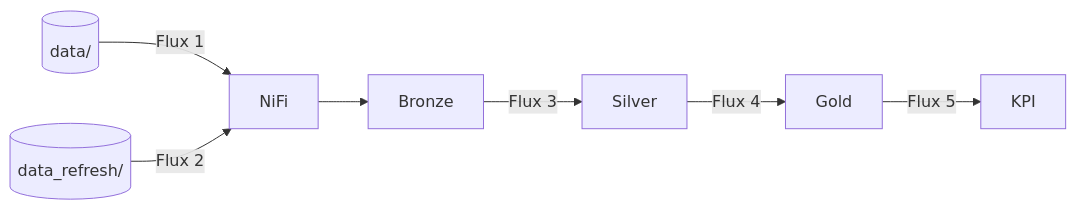
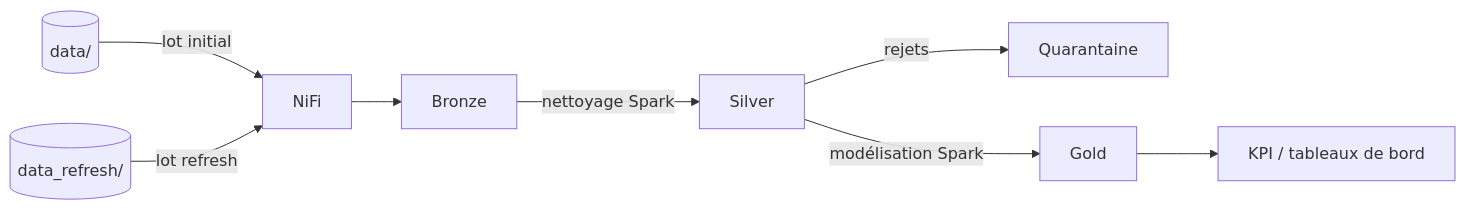
Before and after one commit to NoahBELLO/J1_Retail_Intelligence: the diagram in 02_UC02_architecture/UC02_schema_flux.md, drawn with Mermaid. The commit also changed other lines of this file and 6 other files, not shown here.

````diff
--- a/02_UC02_architecture/UC02_schema_flux.md
+++ b/02_UC02_architecture/UC02_schema_flux.md
@@ -3,9 +5,10 @@
 ```mermaid
 flowchart LR
-    F1[(data/)] -->|Flux 1| NI[NiFi]
-    F2[(data_refresh/)] -->|Flux 2| NI
+    F1[(data/)] -->|lot initial| NI[NiFi]
+    F2[(data_refresh/)] -->|lot refresh| NI
     NI --> BR[Bronze]
-    BR -->|Flux 3| SI[Silver]
-    SI -->|Flux 4| GO[Gold]
-    GO -->|Flux 5| KPI[KPI]
+    BR -->|nettoyage Spark| SI[Silver]
+    SI -->|rejets| QU[Quarantaine]
+    SI -->|modélisation Spark| GO[Gold]
+    GO --> KPI[KPI / tableaux de bord]
 ```
````
